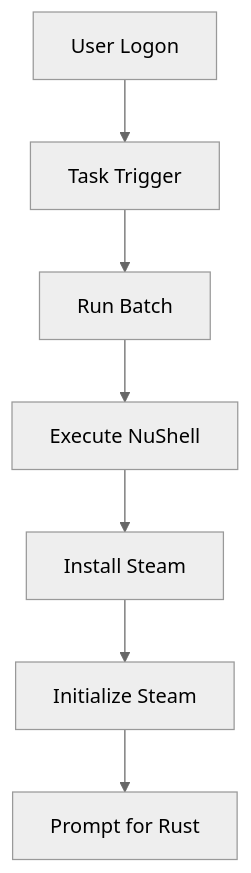
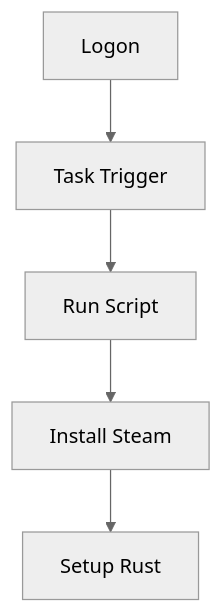
The fourth of 5 diagrams in docs/guides/windows-automation-guide.md (Hydepwns/nix-mox), drawn with Mermaid (neutral theme) before and after one commit. The commit also changed other lines of this file and 145 other files, not shown here.

````diff
--- a/docs/guides/windows-automation-guide.md
+++ b/docs/guides/windows-automation-guide.md
@@ -81,9 +64,7 @@
 ```mermaid
 flowchart TD
-    A[User Logon] --> B[Task Trigger]
-    B --> C[Run Batch]
-    C --> D[Execute NuShell]
-    D --> E[Install Steam]
-    E --> F[Initialize Steam]
-    F --> G[Prompt for Rust]
+    A[Logon] --> B[Task Trigger]
+    B --> C[Run Script]
+    C --> D[Install Steam]
+    D --> E[Setup Rust]
 ```
````
